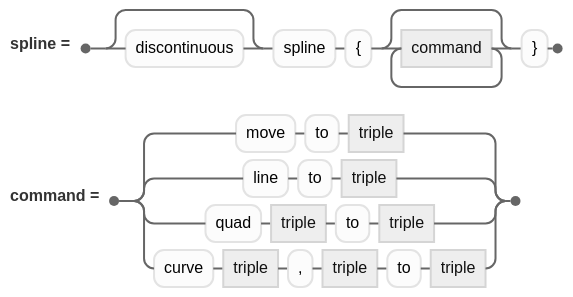
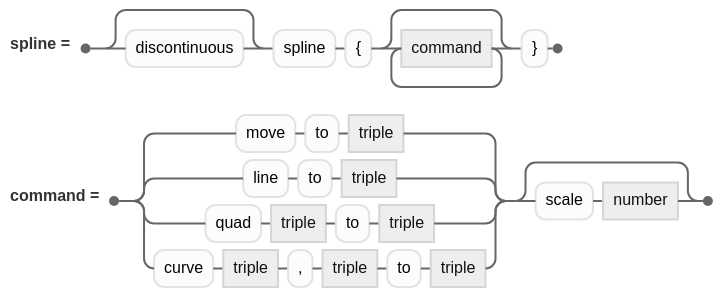
One commit to jskress/RayTracer changed the diagram in docs/diagrams/advanced/splineClause.mmd. Above: the diagram before and after it, drawn with Mermaid (neutral theme). The commit also changed 14 other files, not shown here.

```diff
--- a/docs/diagrams/advanced/splineClause.mmd
+++ b/docs/diagrams/advanced/splineClause.mmd
@@ -1,8 +1,8 @@
 railroad-ebnf-beta
 title "A 3D spline"
 
 spline = [ "discontinuous" ] "spline" "{" { command } "}" ;
 
-command = "move" "to" triple | "line" "to" triple
-        | "quad" triple "to" triple
-        | "curve" triple "," triple "to" triple ;
+command = ( "move" "to" triple | "line" "to" triple
+          | "quad" triple "to" triple
+          | "curve" triple "," triple "to" triple ) [ "scale" number ] ;
```
